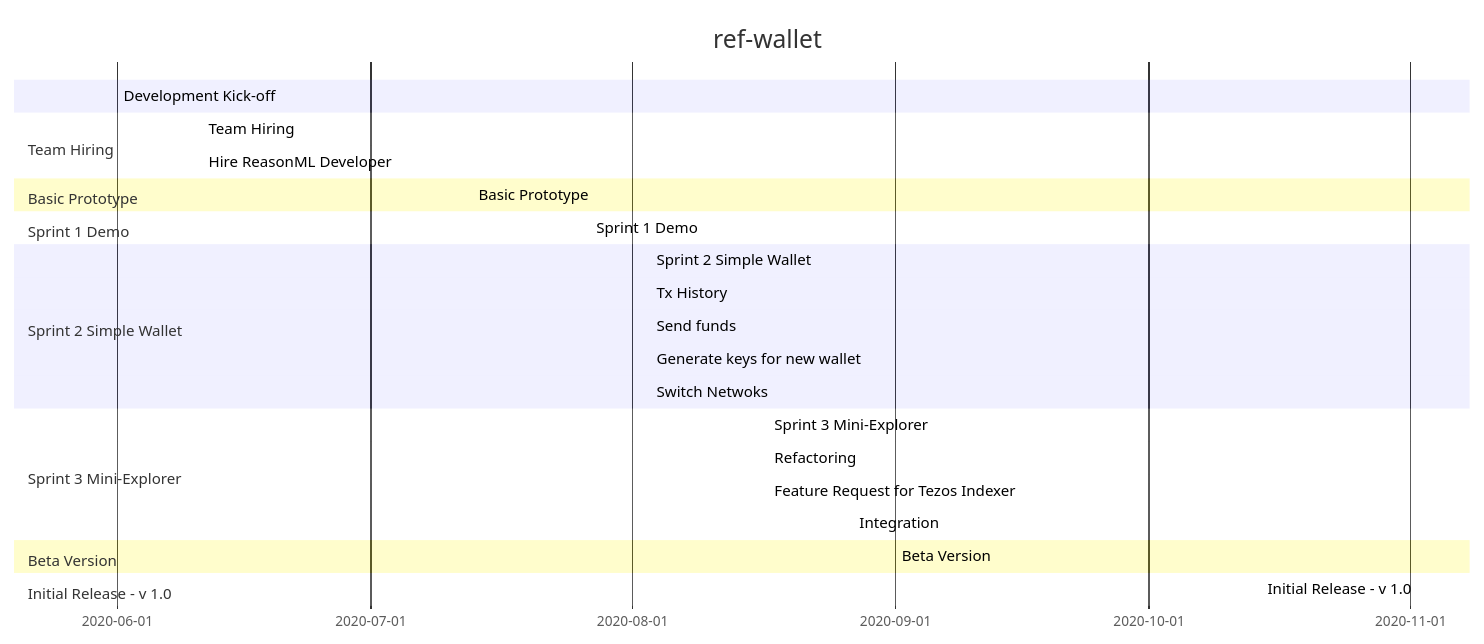
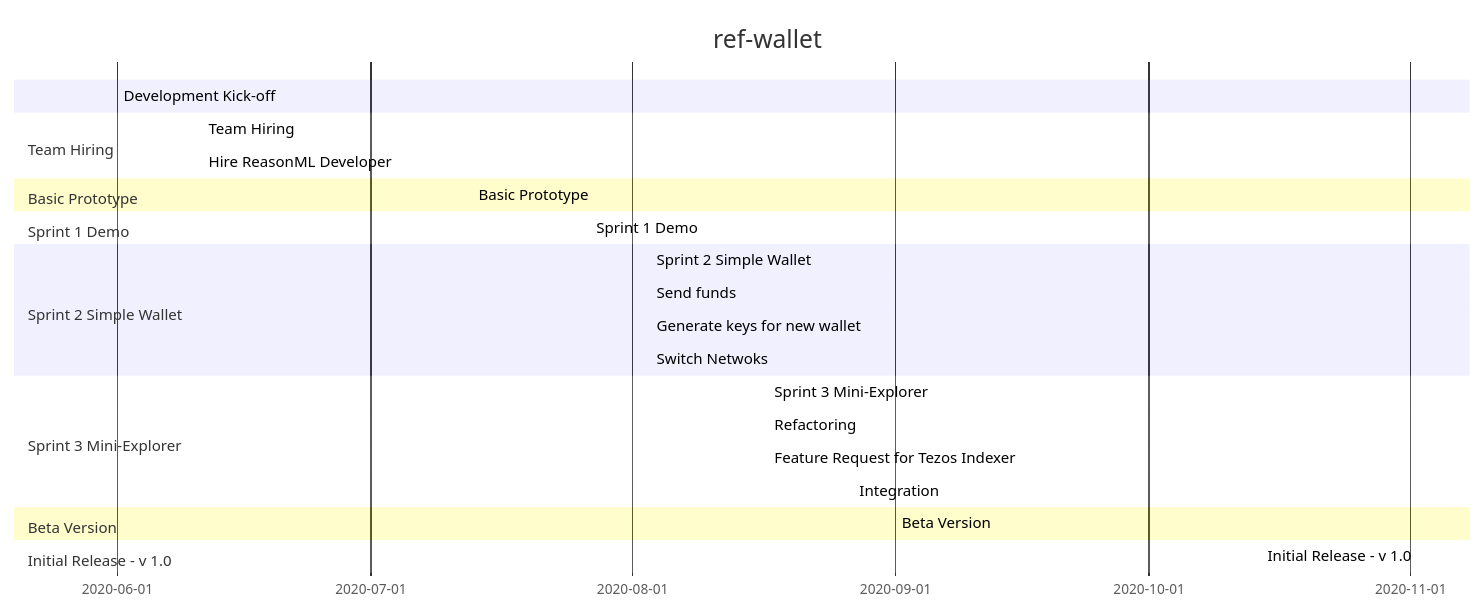
Before and after one commit to trilitech/umami-v1: the diagram in reports/gantt.md, drawn with Mermaid.

````diff
--- a/reports/gantt.md
+++ b/reports/gantt.md
@@ -1,27 +1,26 @@
 ```mermaid
 gantt
     title ref-wallet
     Development Kick-off                    :done, 2020-06-01, 2020-07-13
     section Team Hiring
     Team Hiring                             :active, 2020-06-11, 2020-09-30
     Hire ReasonML Developer                 :active, 2020-06-11, 2020-08-31
     section Basic Prototype
     Basic Prototype                         :done, 2020-07-13, 2020-07-26
     section Sprint 1 Demo
     Sprint 1 Demo                           :done, 2020-07-27, 2020-07-31
     section Sprint 2 Simple Wallet
     Sprint 2 Simple Wallet                  :active, 2020-08-03, 2020-08-14
-    Tx History                              :done, 2020-08-03, 2020-08-05
     Send funds                              :done, 2020-08-03, 2020-08-07
     Generate keys for new wallet            :active, 2020-08-03, 2020-08-14
     Switch Netwoks                          :active, 2020-08-03, 2020-08-14
     section Sprint 3 Mini-Explorer
     Sprint 3 Mini-Explorer                  :active, 2020-08-17, 2020-08-31
     Refactoring                             :active, 2020-08-17, 2020-08-24
     Feature Request for Tezos Indexer       :active, 2020-08-17, 2020-08-24
     Integration                             :active, 2020-08-27, 2020-08-31
     section Beta Version
     Beta Version                            :active, 2020-09-01, 2020-10-30
     section Initial Release - v 1.0
     Initial Release - v 1.0                 :active, 2020-11-02, 2021-01-31
 ```
````
